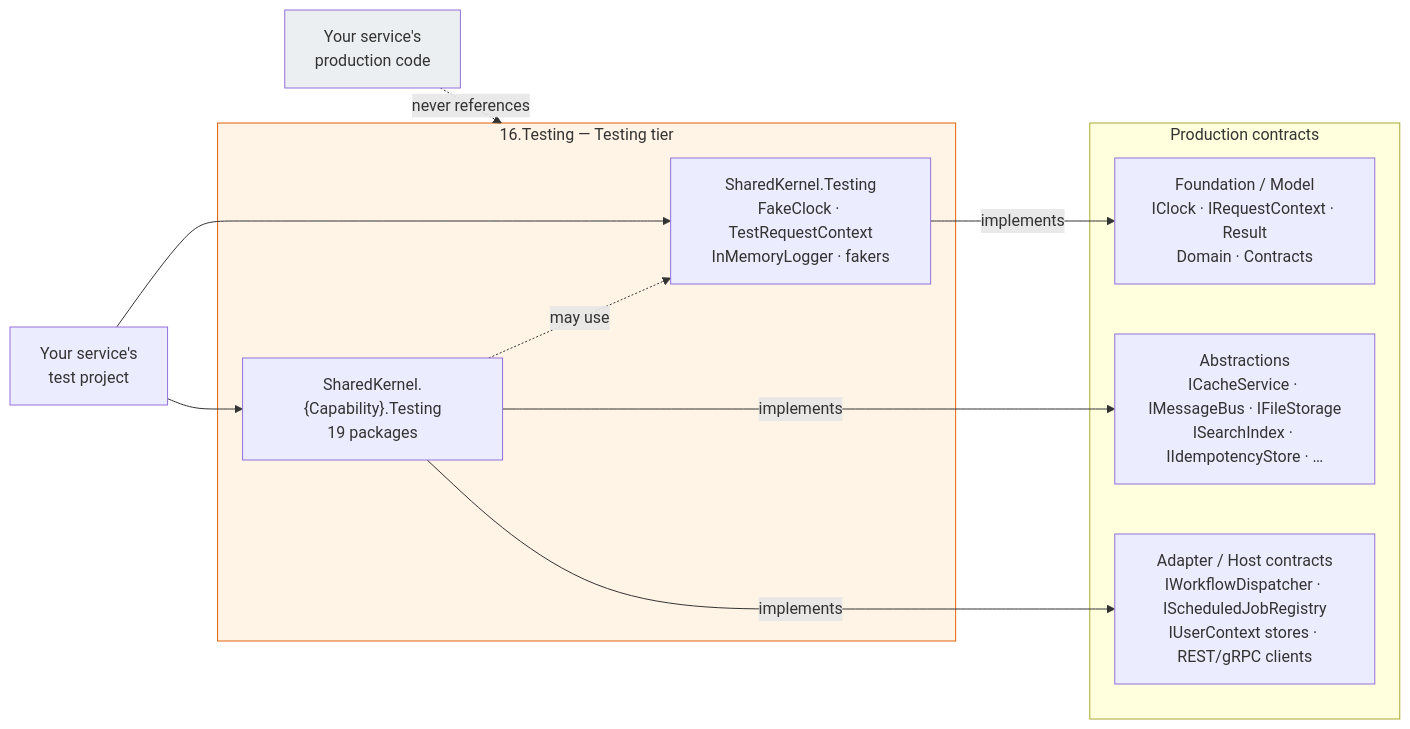
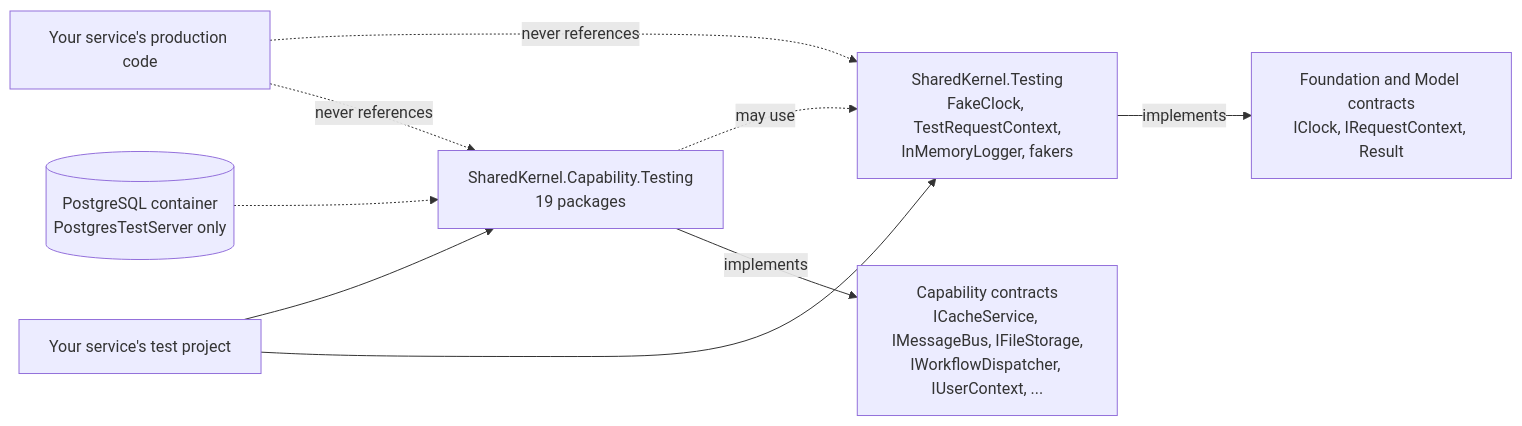
The diagram in src/Testing/README.md (Gresta-Vertex-Labs/platform-shared-kernel), drawn with Mermaid before and after one commit. The commit also changed other lines of this file and 228 other files, not shown here.

````diff
--- a/src/Testing/README.md
+++ b/src/Testing/README.md
@@ -68,25 +71,11 @@
 ```mermaid
 flowchart LR
-    subgraph T["16.Testing — Testing tier"]
-        Core["SharedKernel.Testing<br/>FakeClock · TestRequestContext<br/>InMemoryLogger · fakers"]
-        Cap["SharedKernel.{Capability}.Testing<br/>19 packages"]
-    end
-
-    subgraph P["Production contracts"]
-        F["Foundation / Model<br/>IClock · IRequestContext · Result<br/>Domain · Contracts"]
-        Ab["Abstractions<br/>ICacheService · IMessageBus · IFileStorage<br/>ISearchIndex · IIdempotencyStore · …"]
-        H["Adapter / Host contracts<br/>IWorkflowDispatcher · IScheduledJobRegistry<br/>IUserContext stores · REST/gRPC clients"]
-    end
-
-    Core -- implements --> F
-    Cap -- implements --> Ab
-    Cap -- implements --> H
+    Tests["Your service's test project"] --> Core["SharedKernel.Testing<br/>FakeClock, TestRequestContext,<br/>InMemoryLogger, fakers"]
+    Tests --> Cap["SharedKernel.Capability.Testing<br/>19 packages"]
+    Core -- implements --> F["Foundation and Model contracts<br/>IClock, IRequestContext, Result"]
+    Cap -- implements --> Ab["Capability contracts<br/>ICacheService, IMessageBus, IFileStorage,<br/>IWorkflowDispatcher, IUserContext, ..."]
     Cap -. may use .-> Core
-
-    Tests["Your service's<br/>test project"] --> Core
-    Tests --> Cap
-    Prod["Your service's<br/>production code"] -. never references .-> T
-
-    style T fill:#fff4e5,stroke:#e36209
-    style Prod fill:#eceff1
+    Prod["Your service's production code"] -. never references .-> Cap
+    Prod -. never references .-> Core
+    PG[("PostgreSQL container<br/>PostgresTestServer only")] -.-> Cap
 ```
````
